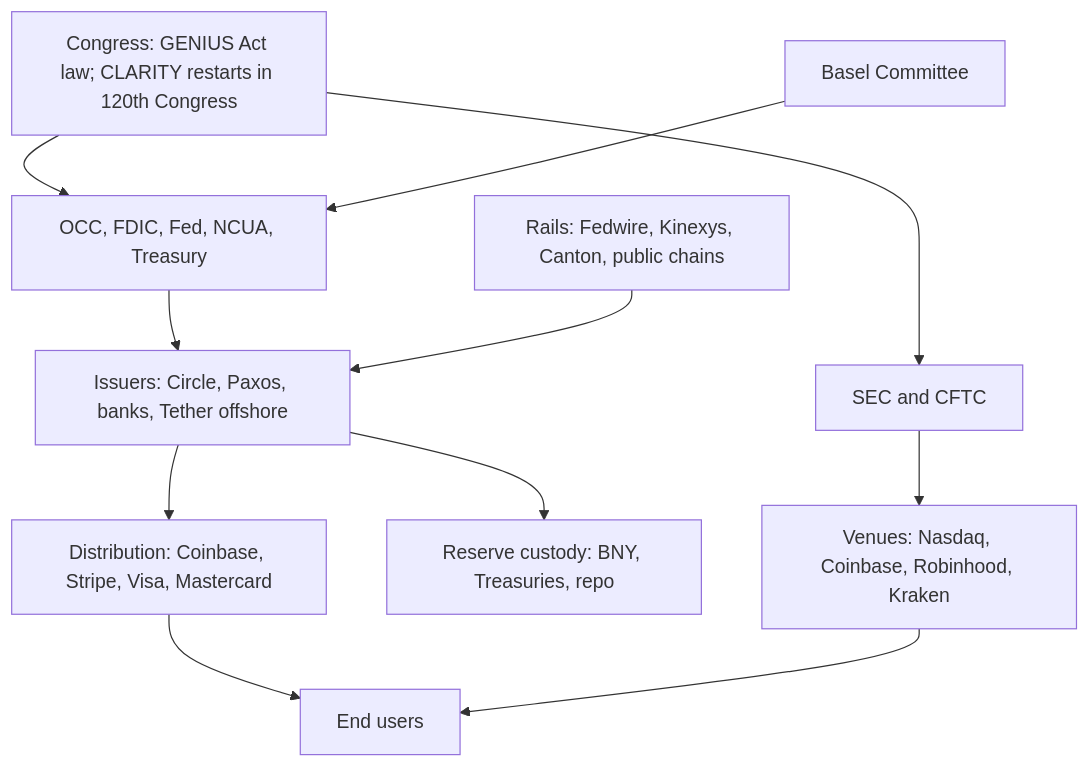
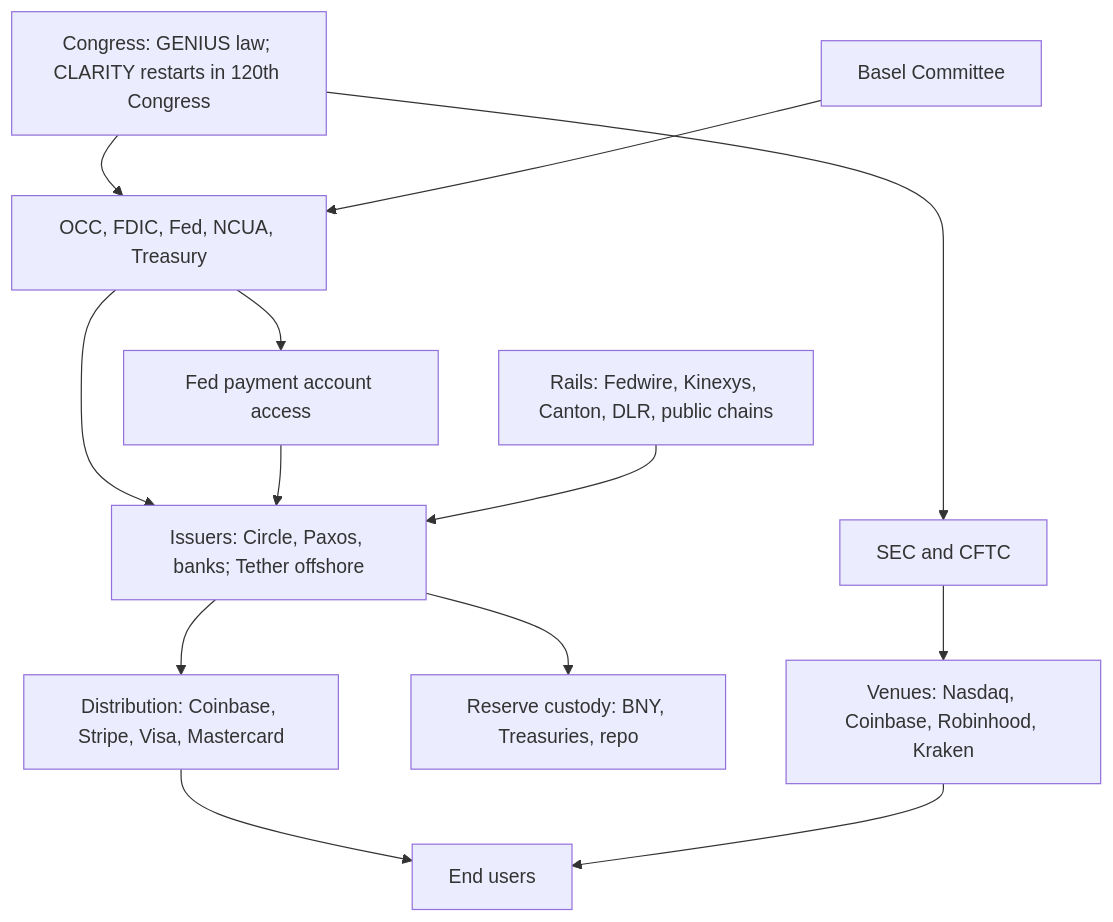
The diagram in research/REPORT.md (Archimedes7777/Grotesque-Sublime), drawn with Mermaid before and after one commit. The commit also changed other lines of this file and 15 other files, not shown here.

````diff
--- a/research/REPORT.md
+++ b/research/REPORT.md
@@ -88,13 +94,15 @@
 ```mermaid
 flowchart TD
-  Congress[Congress: GENIUS Act law; CLARITY restarts in 120th Congress] --> Regs[OCC, FDIC, Fed, NCUA, Treasury]
+  Congress[Congress: GENIUS law; CLARITY restarts in 120th Congress] --> Regs[OCC, FDIC, Fed, NCUA, Treasury]
   Congress --> MktRegs[SEC and CFTC]
   Basel[Basel Committee] --> Regs
-  Regs --> Issuers[Issuers: Circle, Paxos, banks, Tether offshore]
+  Regs --> Issuers[Issuers: Circle, Paxos, banks; Tether offshore]
+  Regs --> FedAcct[Fed payment account access]
+  FedAcct --> Issuers
   MktRegs --> Venues[Venues: Nasdaq, Coinbase, Robinhood, Kraken]
   Issuers --> Reserves[Reserve custody: BNY, Treasuries, repo]
   Issuers --> Dist[Distribution: Coinbase, Stripe, Visa, Mastercard]
-  Rails[Rails: Fedwire, Kinexys, Canton, public chains] --> Issuers
+  Rails[Rails: Fedwire, Kinexys, Canton, DLR, public chains] --> Issuers
   Dist --> Users[End users]
   Venues --> Users
 ```
````
